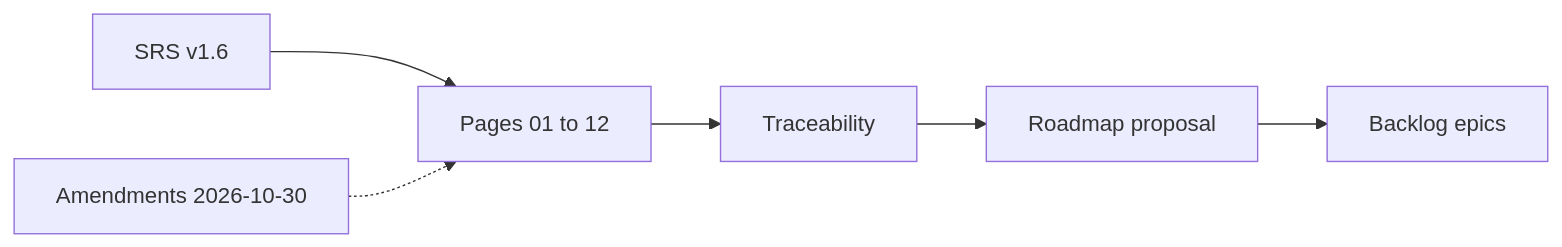
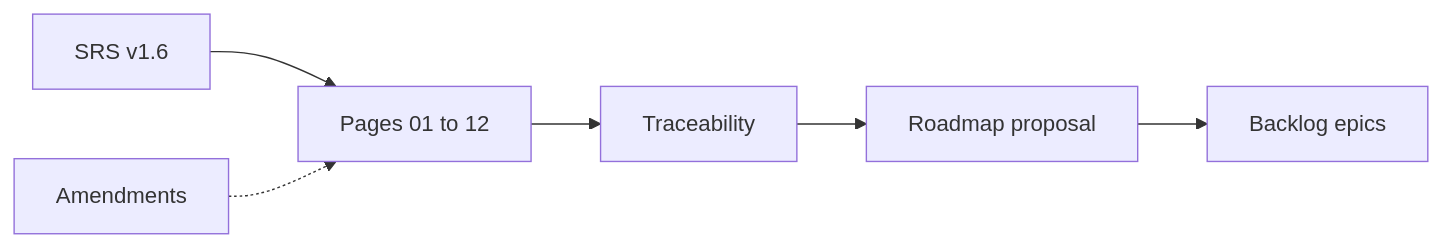
One commit to virgenherrera/lan-solution-template changed the diagram in docs/requirements/README.md. Above: the diagram before and after it, drawn with Mermaid. The commit also changed other lines of this file and 94 other files, not shown here.

````diff
--- a/docs/requirements/README.md
+++ b/docs/requirements/README.md
@@ -29,8 +28,8 @@
 ```mermaid
 flowchart LR
   SRS["SRS v1.6"] --> PG["Pages 01 to 12"]
-  AM["Amendments 2026-10-30"] -.-> PG
+  AM["Amendments"] -.-> PG
   PG --> TR["Traceability"]
   TR --> RM["Roadmap proposal"]
   RM --> BK["Backlog epics"]
 ```
````
